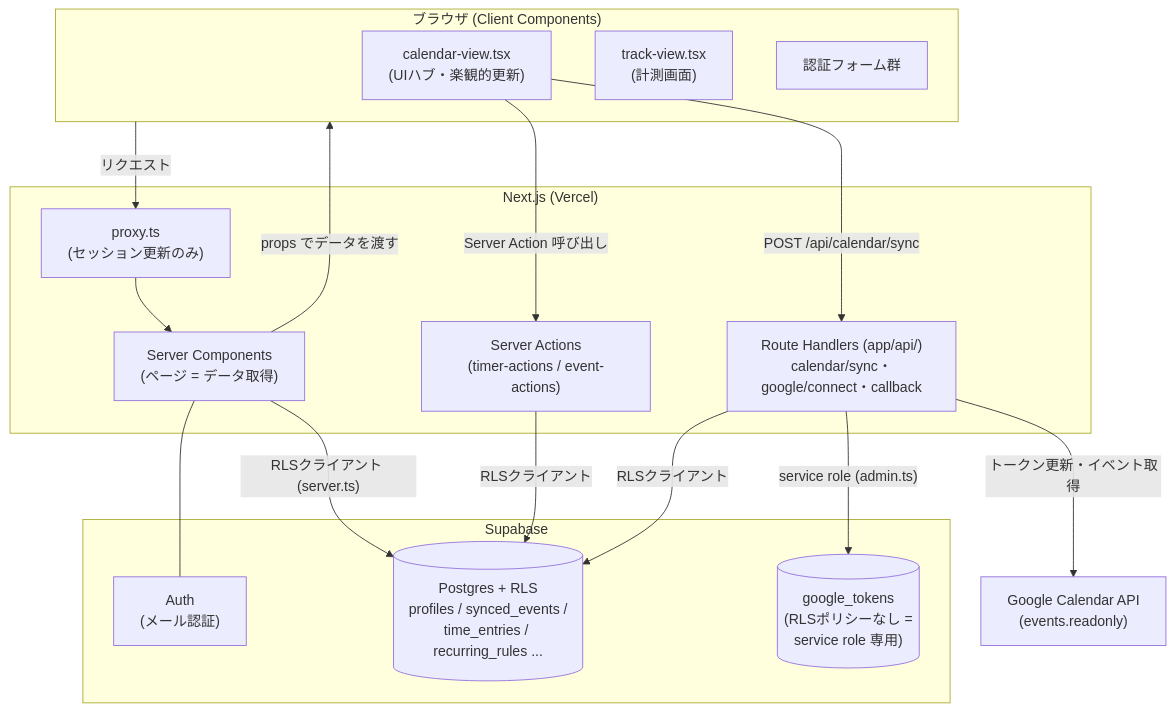
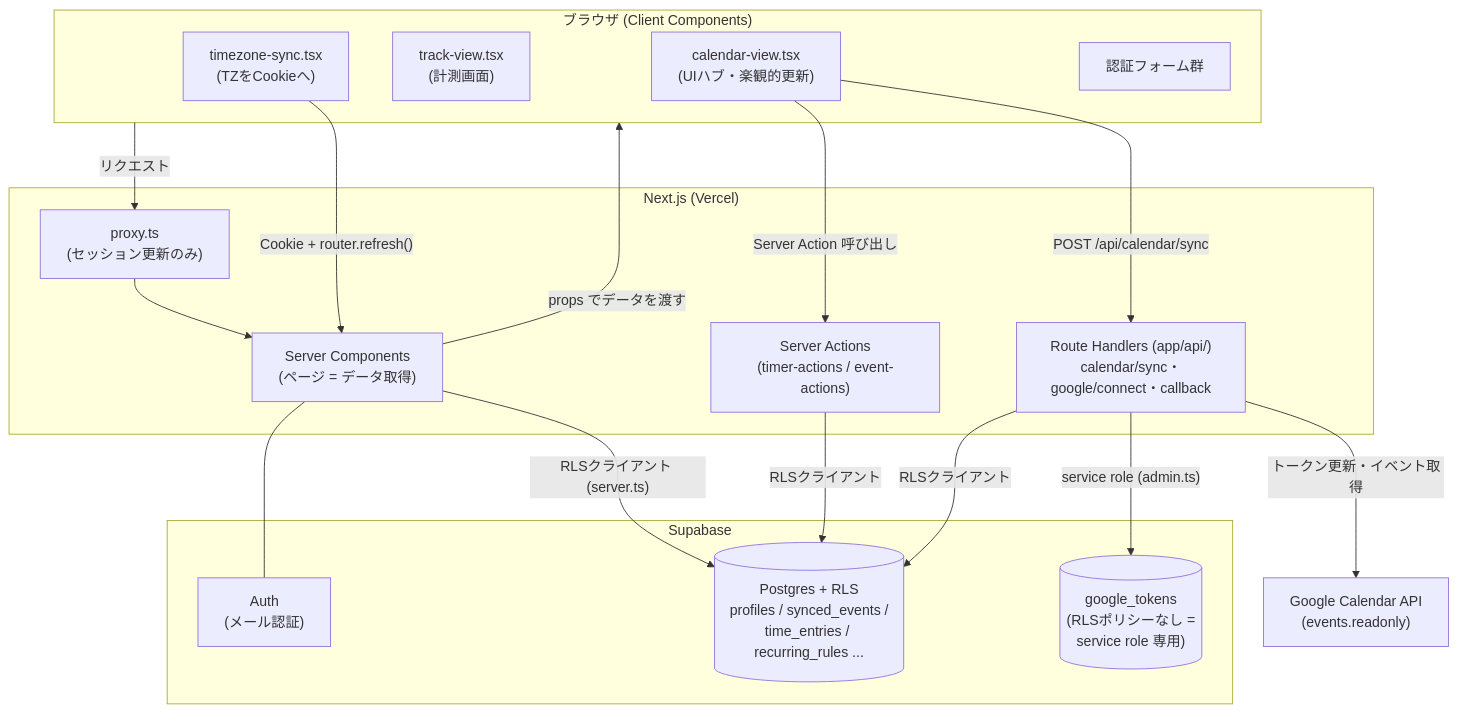
Before and after one commit to TonChan0828/PlanDiff: the second of 11 diagrams in docs/アーキテクチャ解説.md, drawn with Mermaid. The commit also changed other lines of this file, not shown here.

````diff
--- a/docs/アーキテクチャ解説.md
+++ b/docs/アーキテクチャ解説.md
@@ -51,35 +158,37 @@
 ```mermaid
 flowchart TB
     subgraph Browser["ブラウザ (Client Components)"]
         CV["calendar-view.tsx<br/>(UIハブ・楽観的更新)"]
         TV["track-view.tsx<br/>(計測画面)"]
+        TZ["timezone-sync.tsx<br/>(TZをCookieへ)"]
         Forms["認証フォーム群"]
     end
 
     subgraph NextJS["Next.js (Vercel)"]
         Proxy["proxy.ts<br/>(セッション更新のみ)"]
         SC["Server Components<br/>(ページ = データ取得)"]
         SA["Server Actions<br/>(timer-actions / event-actions)"]
         RH["Route Handlers (app/api/)<br/>calendar/sync・google/connect・callback"]
     end
 
     subgraph Supabase["Supabase"]
         Auth["Auth<br/>(メール認証)"]
         PG[("Postgres + RLS<br/>profiles / synced_events /<br/>time_entries / recurring_rules ...")]
         Tokens[("google_tokens<br/>(RLSポリシーなし =<br/>service role 専用)")]
     end
 
     Google["Google Calendar API<br/>(events.readonly)"]
 
     Browser -->|"リクエスト"| Proxy
     Proxy --> SC
     CV -->|"Server Action 呼び出し"| SA
     CV -->|"POST /api/calendar/sync"| RH
+    TZ -->|"Cookie + router.refresh()"| SC
     SC -->|"props でデータを渡す"| Browser
     SC -->|"RLSクライアント (server.ts)"| PG
     SA -->|"RLSクライアント"| PG
     RH -->|"RLSクライアント"| PG
     RH -->|"service role (admin.ts)"| Tokens
     RH -->|"トークン更新・イベント取得"| Google
     SC --- Auth
 ```
````
